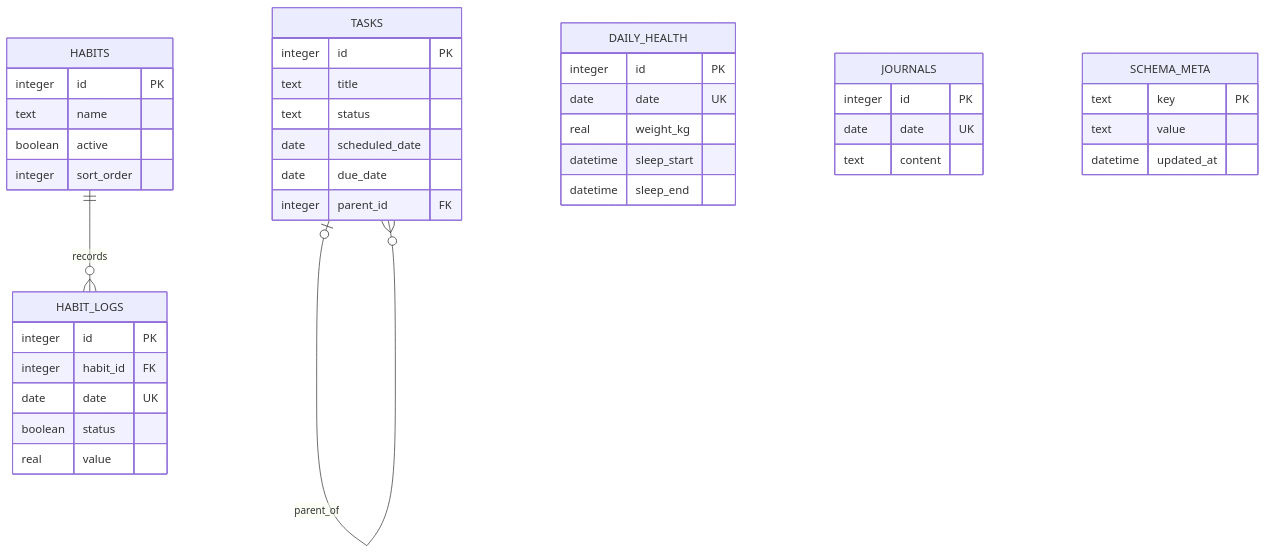
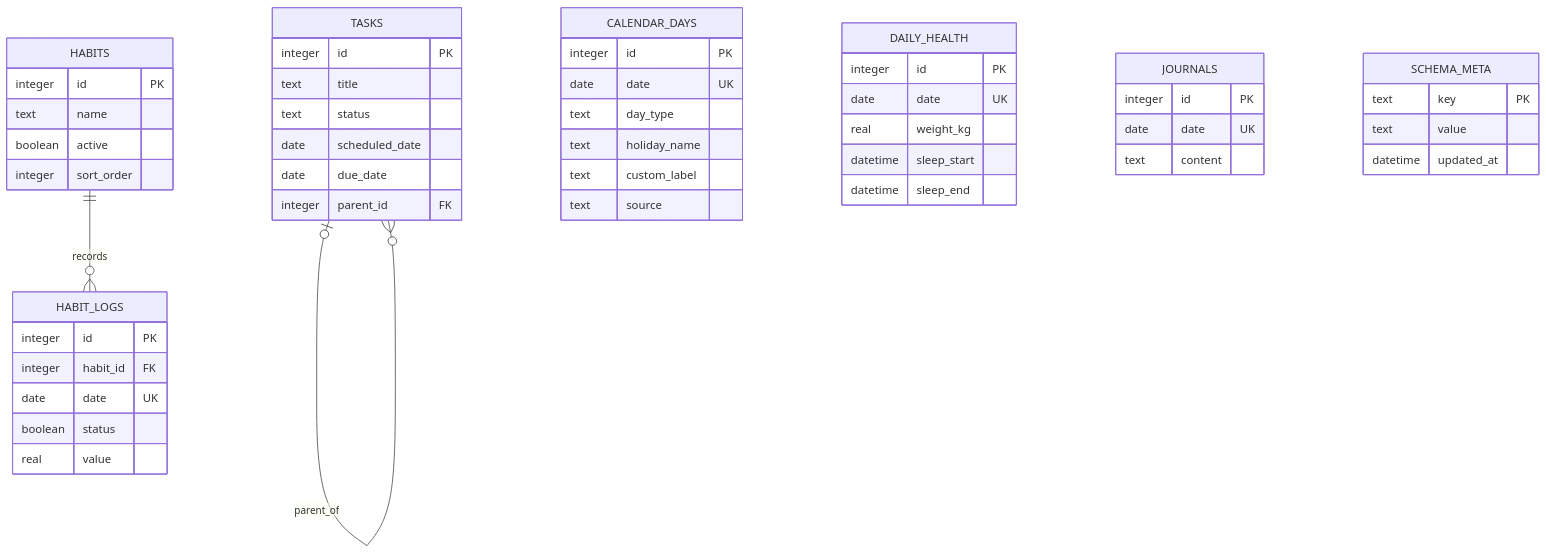
The diagram in 数据库模型.md (linfeng0tingyu/life-os), drawn with Mermaid before and after one commit. The commit also changed other lines of this file and 31 other files, not shown here.

````diff
--- a/数据库模型.md
+++ b/数据库模型.md
@@ -23,44 +23,53 @@
 ```mermaid
 erDiagram
     HABITS ||--o{ HABIT_LOGS : records
     TASKS o|--o{ TASKS : parent_of
+
+    CALENDAR_DAYS {
+        integer id PK
+        date date UK
+        text day_type
+        text holiday_name
+        text custom_label
+        text source
+    }
 
     HABITS {
         integer id PK
         text name
         boolean active
         integer sort_order
     }
     HABIT_LOGS {
         integer id PK
         integer habit_id FK
         date date UK
         boolean status
         real value
     }
     TASKS {
         integer id PK
         text title
         text status
         date scheduled_date
         date due_date
         integer parent_id FK
     }
     DAILY_HEALTH {
         integer id PK
         date date UK
         real weight_kg
         datetime sleep_start
         datetime sleep_end
     }
     JOURNALS {
         integer id PK
         date date UK
         text content
     }
     SCHEMA_META {
         text key PK
         text value
         datetime updated_at
     }
 ```
````
